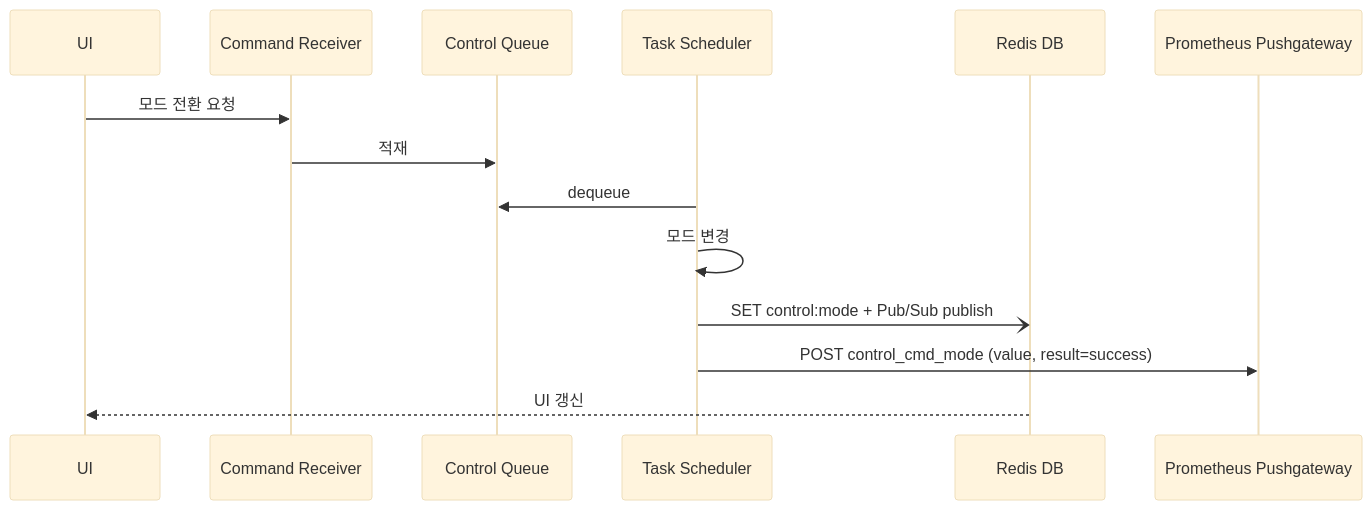
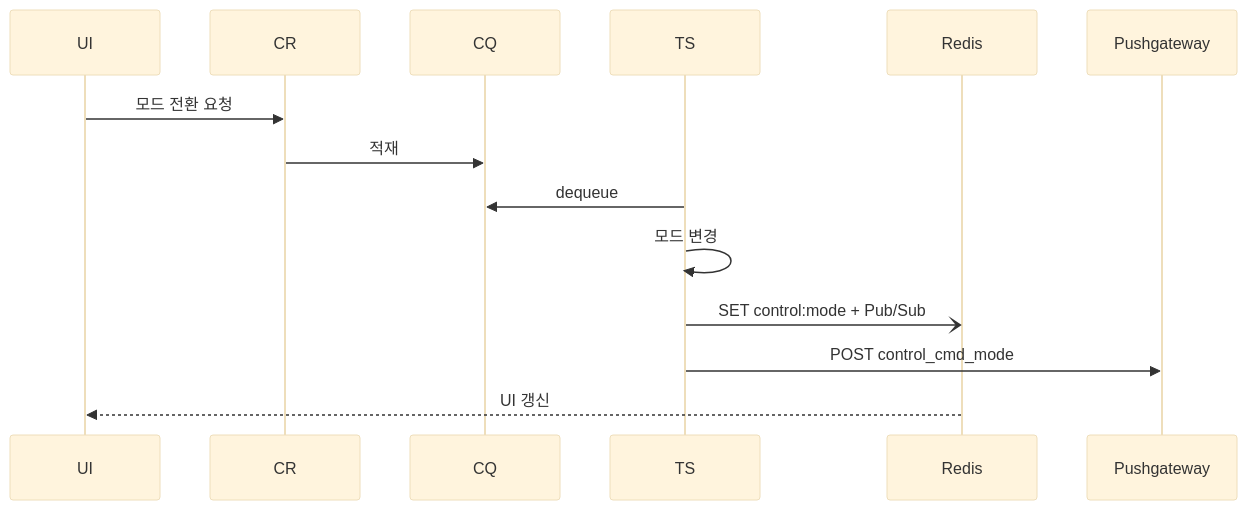
The third of 3 diagrams in docs/MCG.md (DEEPGadget/L2A_CDU_system), drawn with Mermaid (base theme) before and after one commit. The commit also changed other lines of this file, not shown here.

````diff
--- a/docs/MCG.md
+++ b/docs/MCG.md
@@ -284,17 +196,17 @@
 ```mermaid
 sequenceDiagram
     participant UI as UI
-    participant CR as Command Receiver
-    participant CQ as Control Queue
-    participant TS as Task Scheduler
-    participant Redis as Redis DB
-    participant PGW as Prometheus Pushgateway
+    participant CR as CR
+    participant CQ as CQ
+    participant TS as TS
+    participant Redis as Redis
+    participant PGW as Pushgateway
 
     UI->>CR: 모드 전환 요청
     CR->>CQ: 적재
     TS->>CQ: dequeue
     TS->>TS: 모드 변경
-    TS-)Redis: SET control:mode + Pub/Sub publish
-    TS->>PGW: POST control_cmd_mode (value, result=success)
+    TS-)Redis: SET control:mode + Pub/Sub
+    TS->>PGW: POST control_cmd_mode
     Redis-->>UI: UI 갱신
 ```
````
